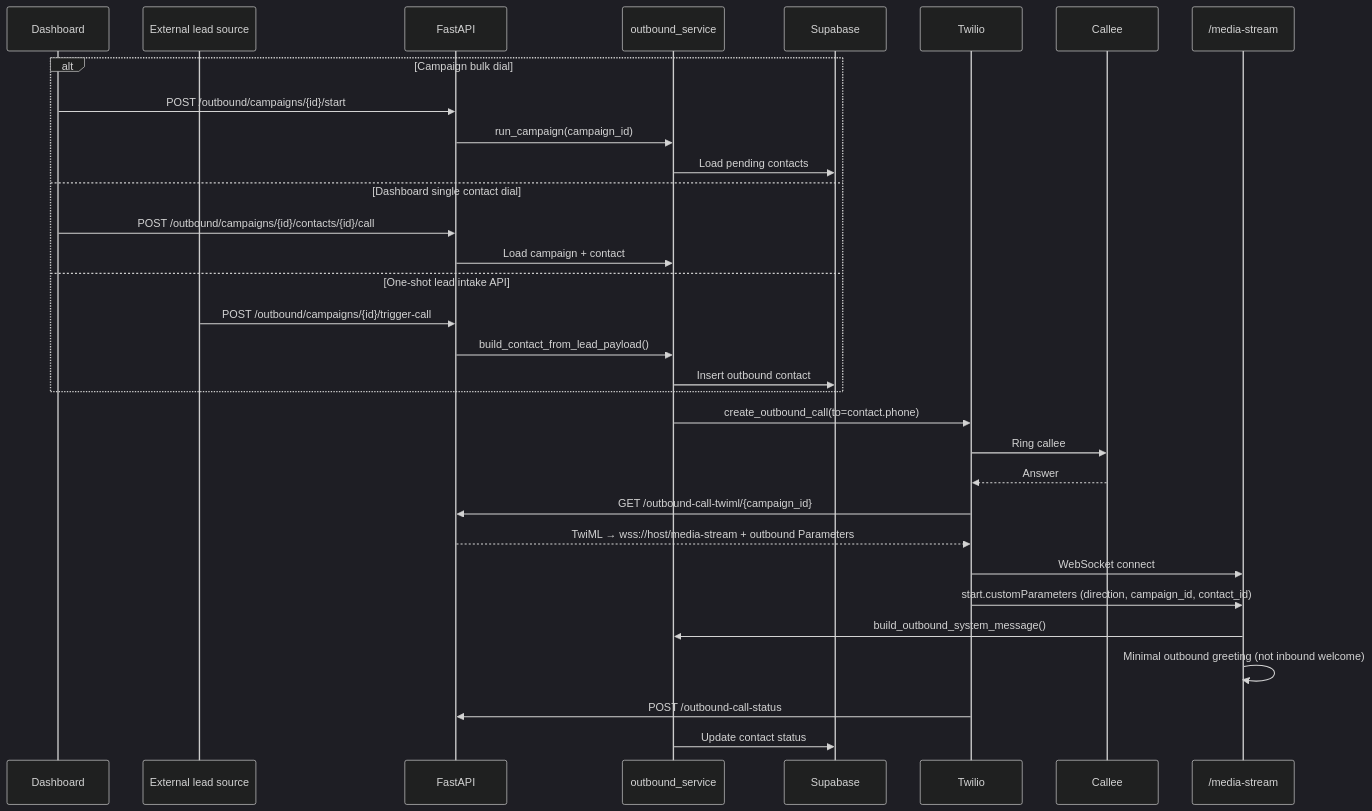
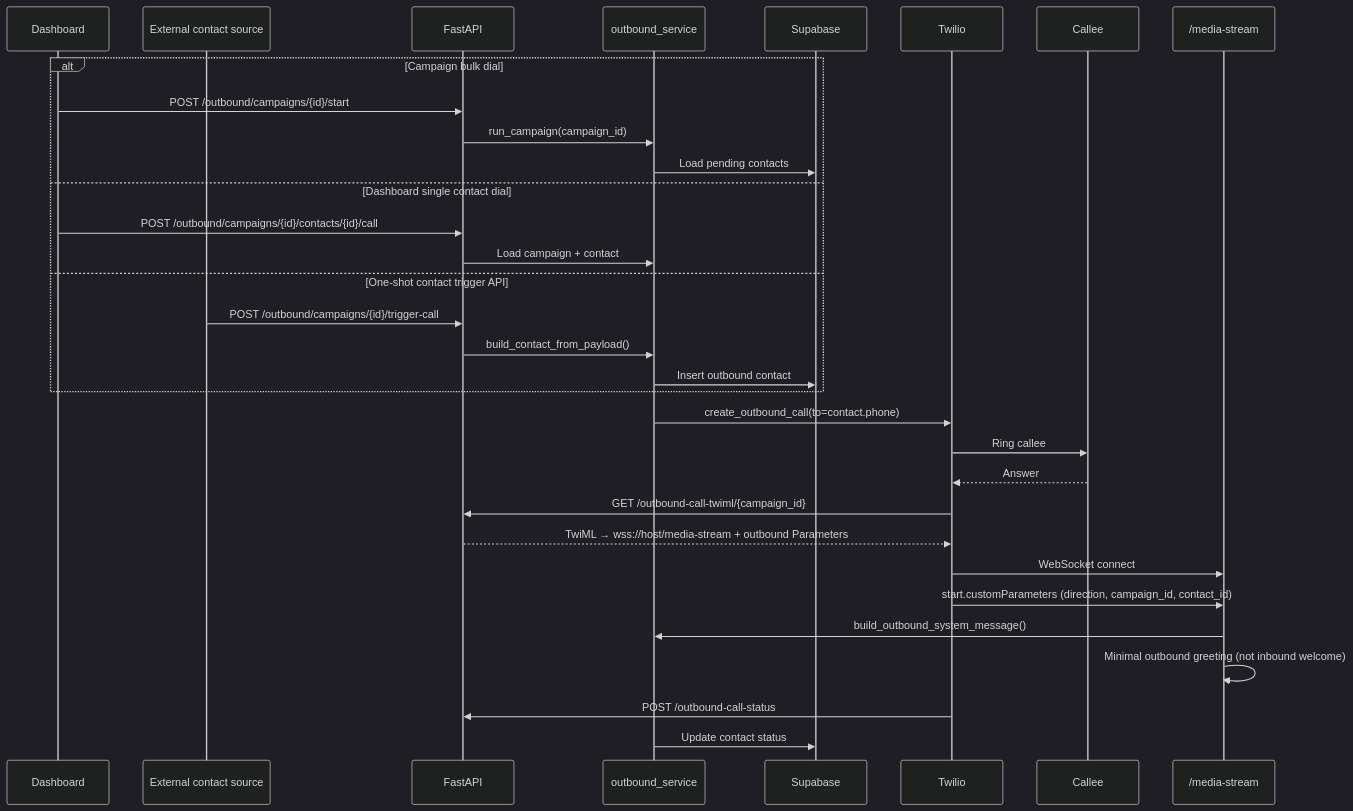
One commit to aymalkhalid/Starter-Agent-InBound-OutBound-Twilio-Speech-Assistant-OpenAi-Realtime-Api-Python changed the ninth of 22 diagrams in docs/DIAGRAMS.md. Above: the diagram before and after it, drawn with Mermaid (dark theme). The commit also changed other lines of this file and 39 other files, not shown here.

````diff
--- a/docs/DIAGRAMS.md
+++ b/docs/DIAGRAMS.md
@@ -329,36 +329,36 @@
 ```mermaid
 sequenceDiagram
     participant D as Dashboard
-    participant X as External lead source
+    participant X as External contact source
     participant F as FastAPI
     participant OBS as outbound_service
     participant SB as Supabase
     participant T as Twilio
     participant C as Callee
     participant MS as /media-stream
 
     alt Campaign bulk dial
         D->>F: POST /outbound/campaigns/{id}/start
         F->>OBS: run_campaign(campaign_id)
         OBS->>SB: Load pending contacts
     else Dashboard single contact dial
         D->>F: POST /outbound/campaigns/{id}/contacts/{id}/call
         F->>OBS: Load campaign + contact
-    else One-shot lead intake API
+    else One-shot contact trigger API
         X->>F: POST /outbound/campaigns/{id}/trigger-call
-        F->>OBS: build_contact_from_lead_payload()
+        F->>OBS: build_contact_from_payload()
         OBS->>SB: Insert outbound contact
     end
 
     OBS->>T: create_outbound_call(to=contact.phone)
     T->>C: Ring callee
     C-->>T: Answer
     T->>F: GET /outbound-call-twiml/{campaign_id}
     F-->>T: TwiML → wss://host/media-stream + outbound Parameters
     T->>MS: WebSocket connect
     T->>MS: start.customParameters (direction, campaign_id, contact_id)
     MS->>OBS: build_outbound_system_message()
     MS->>MS: Minimal outbound greeting (not inbound welcome)
     T->>F: POST /outbound-call-status
     OBS->>SB: Update contact status
 ```
````
